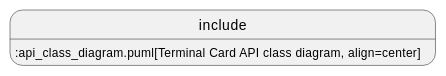
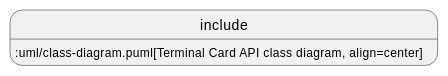
One commit to calypsonet/calypsonet-terminal-card-uml-api changed the second of 2 diagrams in index.adoc. Above: the diagram before and after it, drawn with PlantUML. The commit also changed other lines of this file and 2 other files, not shown here.

```diff
--- a/index.adoc
+++ b/index.adoc
@@ -428,4 +414,4 @@
-[plantuml, target="api_class_diagram", format="svg"]
+[plantuml, target="class-diagram", format="svg"]
 ----
-include::api_class_diagram.puml[Terminal Card API class diagram, align=center]
+include::uml/class-diagram.puml[Terminal Card API class diagram, align=center]
 ----
```
